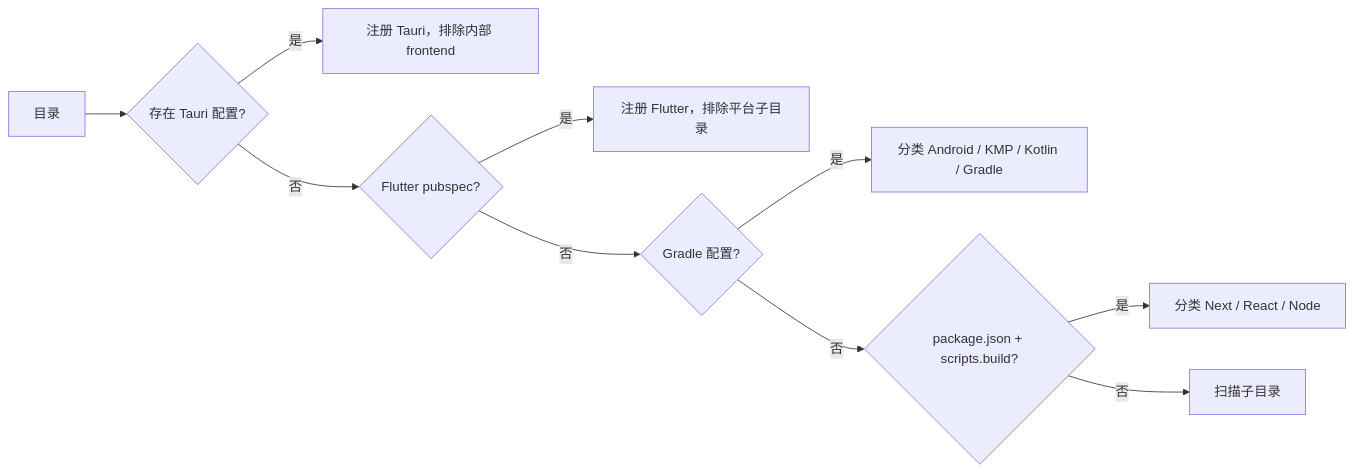
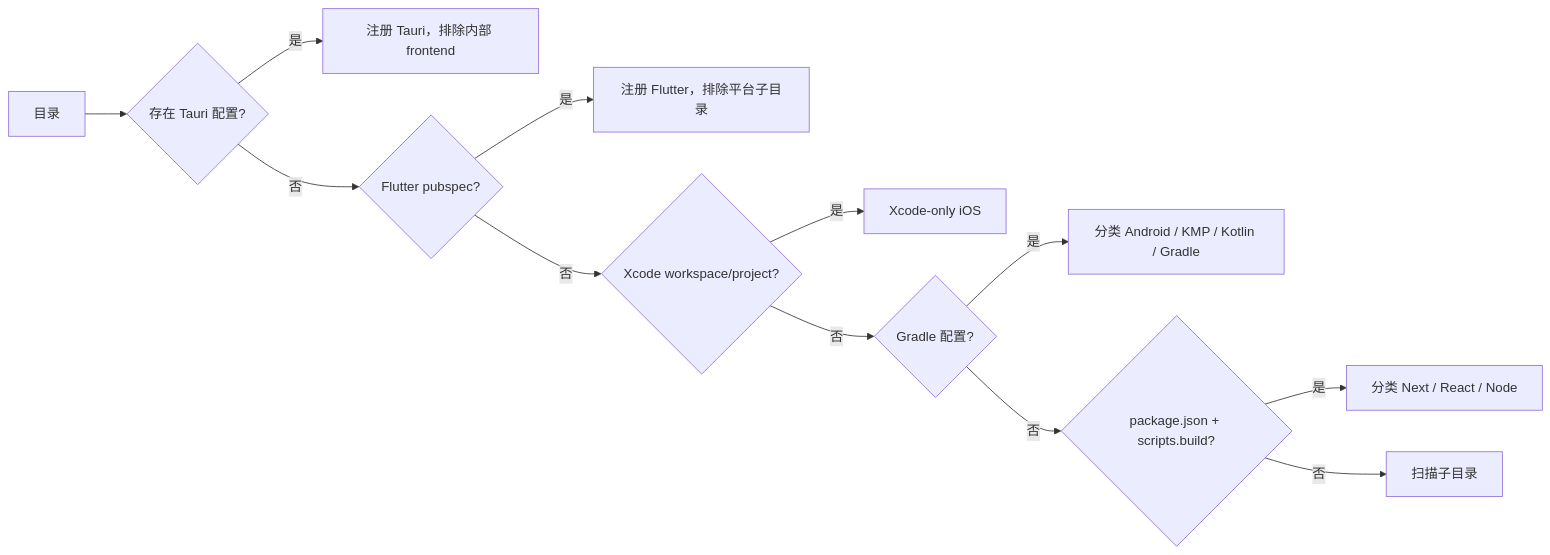
The second of 8 diagrams in README.zh-CN.md (kimdzhekhon/Universal-Build-Script), drawn with Mermaid before and after one commit. The commit also changed other lines of this file and 20 other files, not shown here.

Commit message:
feat: complete build orchestration roadmap

````diff
--- a/README.zh-CN.md
+++ b/README.zh-CN.md
@@ -80,12 +83,14 @@
 ```mermaid
 flowchart LR
     R["目录"] --> T{"存在 Tauri 配置?"}
     T -->|"是"| TA["注册 Tauri，排除内部 frontend"]
     T -->|"否"| F{"Flutter pubspec?"}
     F -->|"是"| FL["注册 Flutter，排除平台子目录"]
-    F -->|"否"| G{"Gradle 配置?"}
+    F -->|"否"| X{"Xcode workspace/project?"}
+    X -->|"是"| XI["Xcode-only iOS"]
+    X -->|"否"| G{"Gradle 配置?"}
     G -->|"是"| GR["分类 Android / KMP / Kotlin / Gradle"]
     G -->|"否"| N{"package.json + scripts.build?"}
     N -->|"是"| NO["分类 Next / React / Node"]
     N -->|"否"| S["扫描子目录"]
 ```
````
